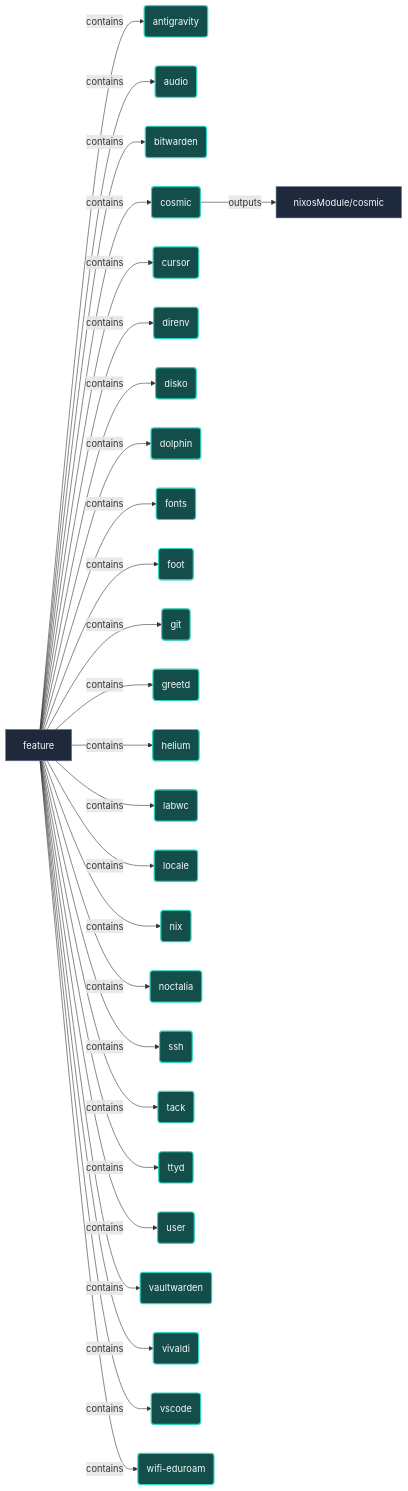
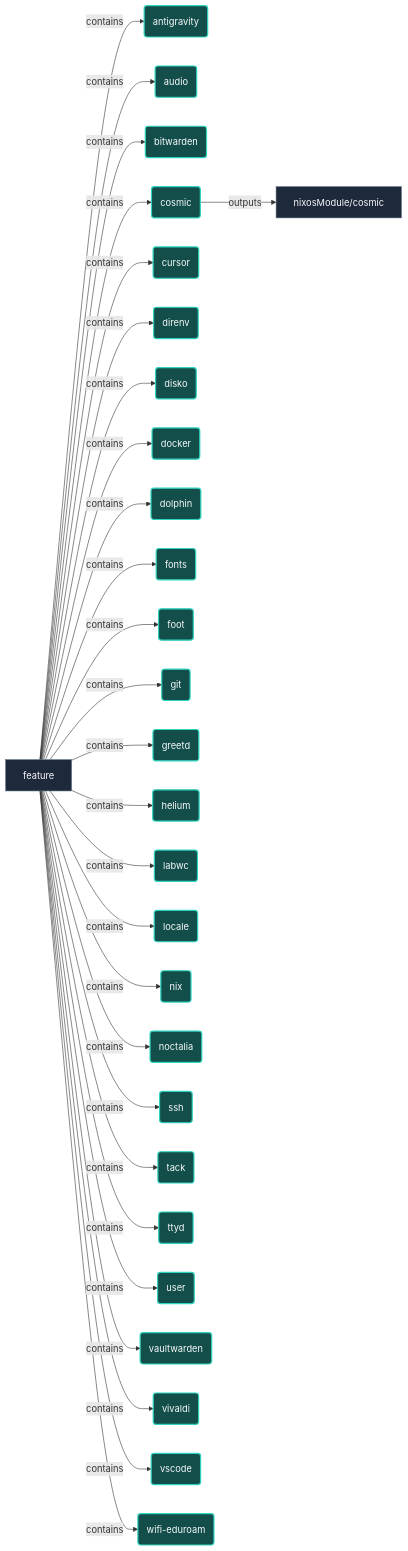
Before and after one commit to LW-54/nixconf: the diagram in docs/features/cosmic.md, drawn with Mermaid. The commit also changed 58 other files, not shown here.

```diff
--- a/docs/features/cosmic.md
+++ b/docs/features/cosmic.md
@@ -22,6 +22,7 @@
     urn__nixconf__onto__feature__cursor("cursor"):::featureNode
     urn__nixconf__onto__feature__direnv("direnv"):::featureNode
     urn__nixconf__onto__feature__disko("disko"):::featureNode
+    urn__nixconf__onto__feature__docker("docker"):::featureNode
     urn__nixconf__onto__feature__dolphin("dolphin"):::featureNode
     urn__nixconf__onto__feature__fonts("fonts"):::featureNode
     urn__nixconf__onto__feature__foot("foot"):::featureNode
@@ -50,6 +51,7 @@
     urn__nixconf__onto__primitive__feature -->|contains| urn__nixconf__onto__feature__cursor
     urn__nixconf__onto__primitive__feature -->|contains| urn__nixconf__onto__feature__direnv
     urn__nixconf__onto__primitive__feature -->|contains| urn__nixconf__onto__feature__disko
+    urn__nixconf__onto__primitive__feature -->|contains| urn__nixconf__onto__feature__docker
     urn__nixconf__onto__primitive__feature -->|contains| urn__nixconf__onto__feature__dolphin
     urn__nixconf__onto__primitive__feature -->|contains| urn__nixconf__onto__feature__fonts
     urn__nixconf__onto__primitive__feature -->|contains| urn__nixconf__onto__feature__foot
@@ -78,6 +80,7 @@
     click urn__nixconf__onto__feature__cursor href "../features/cursor.md" "cursor"
     click urn__nixconf__onto__feature__direnv href "../features/direnv.md" "direnv"
     click urn__nixconf__onto__feature__disko href "../features/disko.md" "disko"
+    click urn__nixconf__onto__feature__docker href "../features/docker.md" "docker"
     click urn__nixconf__onto__feature__dolphin href "../features/dolphin.md" "dolphin"
     click urn__nixconf__onto__feature__fonts href "../features/fonts.md" "fonts"
     click urn__nixconf__onto__feature__foot href "../features/foot.md" "foot"
```
